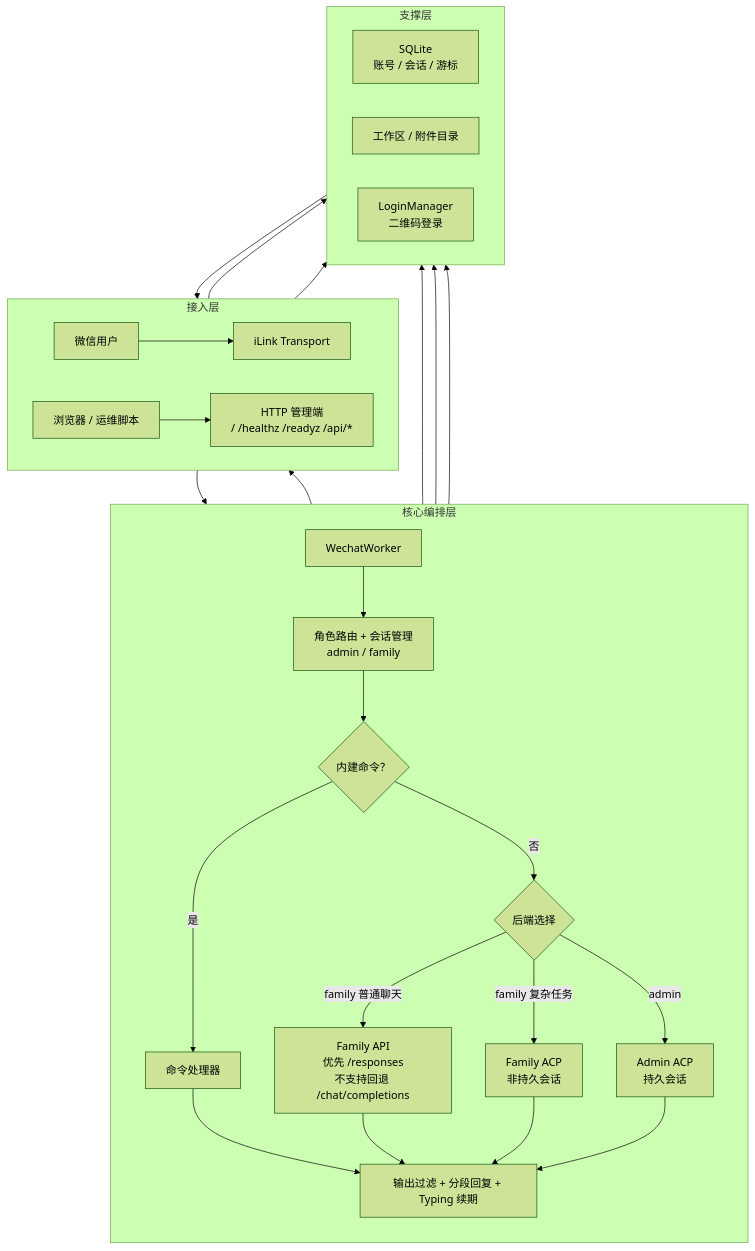
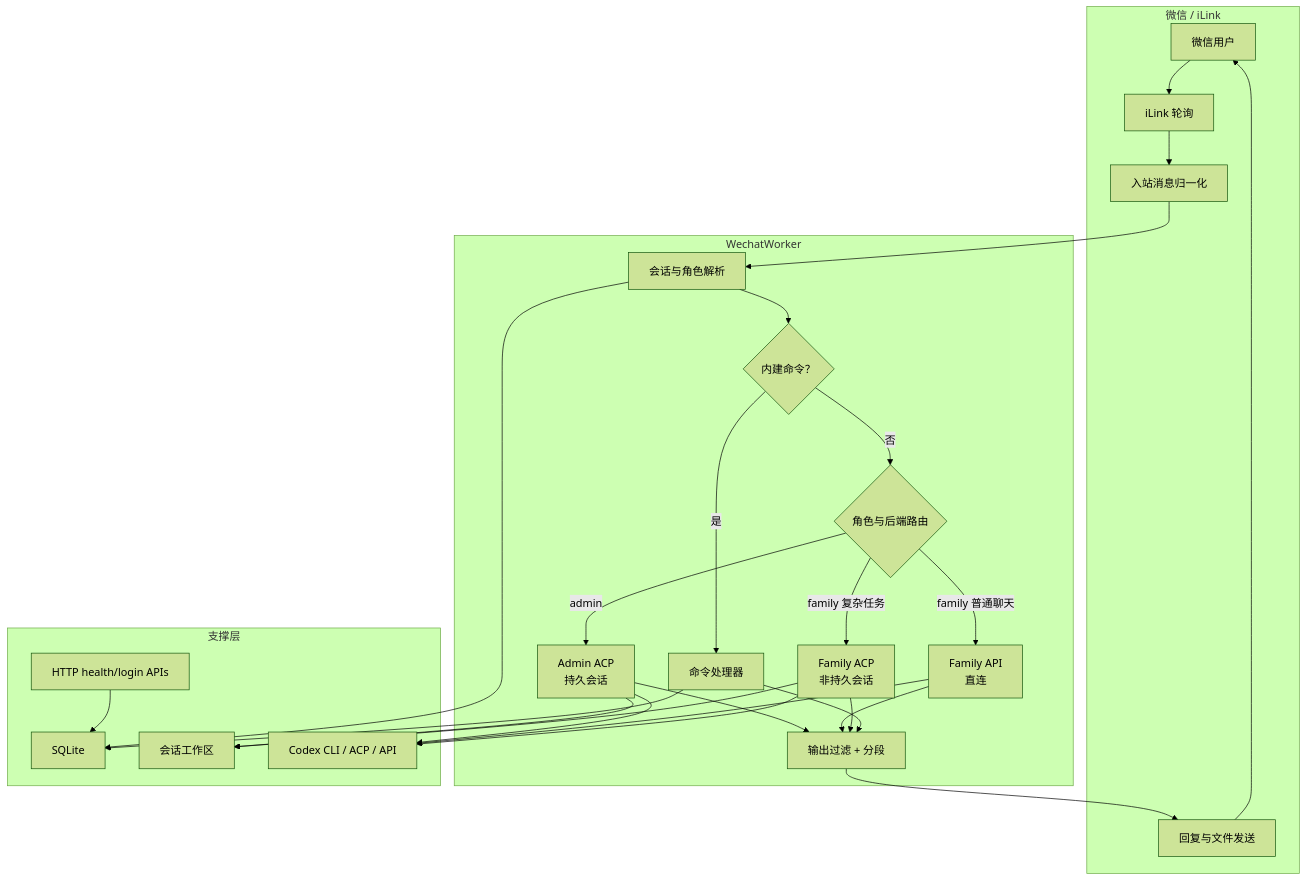
The diagram in README.md (thekfjie/weixin-household-gateway), drawn with Mermaid (forest theme) before and after one commit. The commit also changed other lines of this file and 9 other files, not shown here.

````diff
--- a/README.md
+++ b/README.md
@@ -84,39 +35,39 @@
 ```mermaid
 flowchart TB
-  subgraph Entry["接入层"]
-    direction LR
-    WX["微信用户"] --> IL["iLink Transport"]
-    WEB["浏览器 / 运维脚本"] --> HTTP["HTTP 管理端<br/>/ /healthz /readyz /api/*"]
+  subgraph WeChat["微信 / iLink"]
+    USER["微信用户"] --> POLL["iLink 轮询"]
+    POLL --> INBOUND["入站消息归一化"]
+    OUTBOUND["回复与文件发送"] --> USER
   end
 
-  subgraph Core["核心编排层"]
-    direction TB
-    WORKER["WechatWorker"] --> SESSION["角色路由 + 会话管理<br/>admin / family"]
-    SESSION --> DECIDE{"内建命令？"}
-    DECIDE -->|是| CMD["命令处理器"]
-    DECIDE -->|否| ROUTE{"后端选择"}
-    ROUTE -->|family 普通聊天| API["Family API<br/>优先 /responses<br/>不支持回退 /chat/completions"]
+  subgraph Worker["WechatWorker"]
+    INBOUND --> SESSION["会话与角色解析"]
+    SESSION --> COMMAND{"内建命令？"}
+    COMMAND -->|是| CMD["命令处理器"]
+    COMMAND -->|否| ROUTE{"角色与后端路由"}
+    ROUTE -->|admin| ADMINACP["Admin ACP<br/>持久会话"]
+    ROUTE -->|family 普通聊天| FAPI["Family API<br/>直连"]
     ROUTE -->|family 复杂任务| FACP["Family ACP<br/>非持久会话"]
-    ROUTE -->|admin| AACP["Admin ACP<br/>持久会话"]
-    CMD --> REPLY["输出过滤 + 分段回复 + Typing 续期"]
-    API --> REPLY
+    ADMINACP --> REPLY["输出过滤 + 分段"]
+    FAPI --> REPLY
     FACP --> REPLY
-    AACP --> REPLY
+    CMD --> REPLY
+    REPLY --> OUTBOUND
   end
 
   subgraph Support["支撑层"]
-    direction LR
-    DB["SQLite<br/>账号 / 会话 / 游标"]
-    FILES["工作区 / 附件目录"]
-    LOGIN["LoginManager<br/>二维码登录"]
+    DB["SQLite"]
+    FILES["会话工作区"]
+    HTTP["HTTP health/login APIs"]
+    CODEX["Codex CLI / ACP / API"]
   end
 
-  IL --> WORKER
-  REPLY --> IL
-  HTTP --> LOGIN
+  SESSION --> DB
+  CMD --> DB
+  ADMINACP --> CODEX
+  FAPI --> CODEX
+  FACP --> CODEX
+  ADMINACP --> FILES
+  FACP --> FILES
   HTTP --> DB
-  LOGIN --> IL
-  SESSION --> DB
-  FACP --> FILES
-  AACP --> FILES
 ```
````
